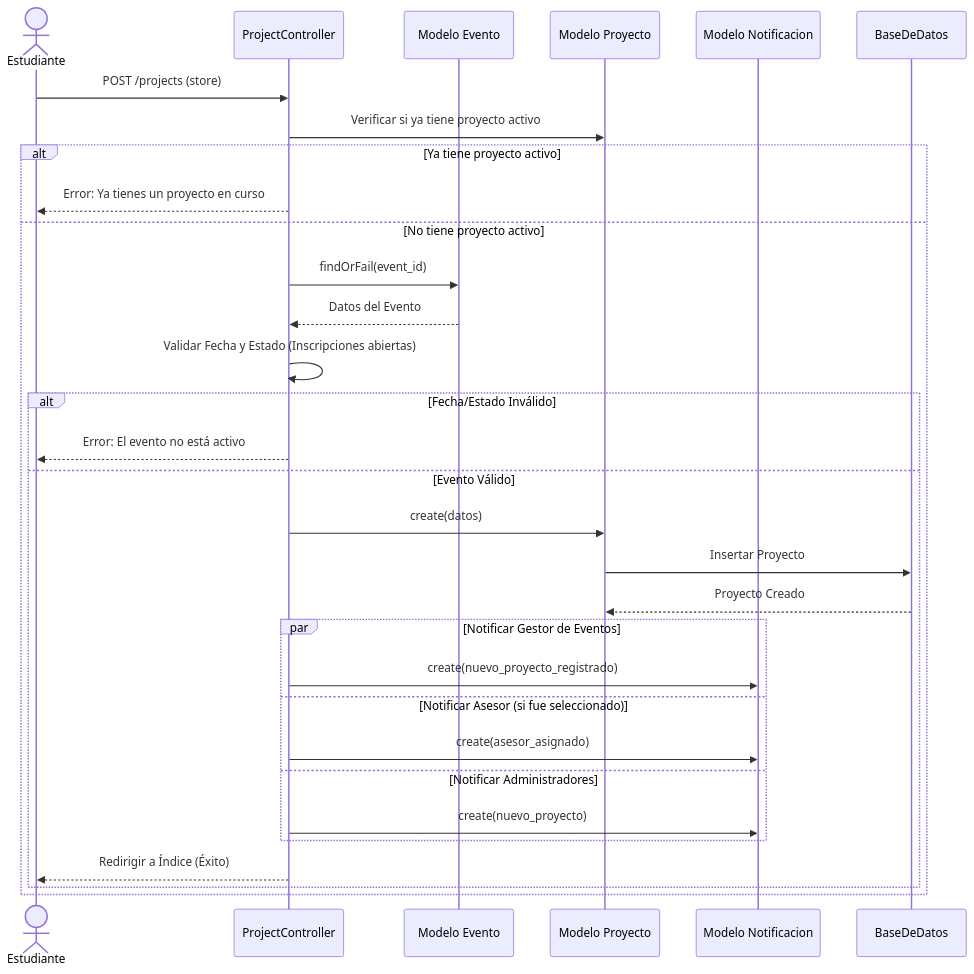
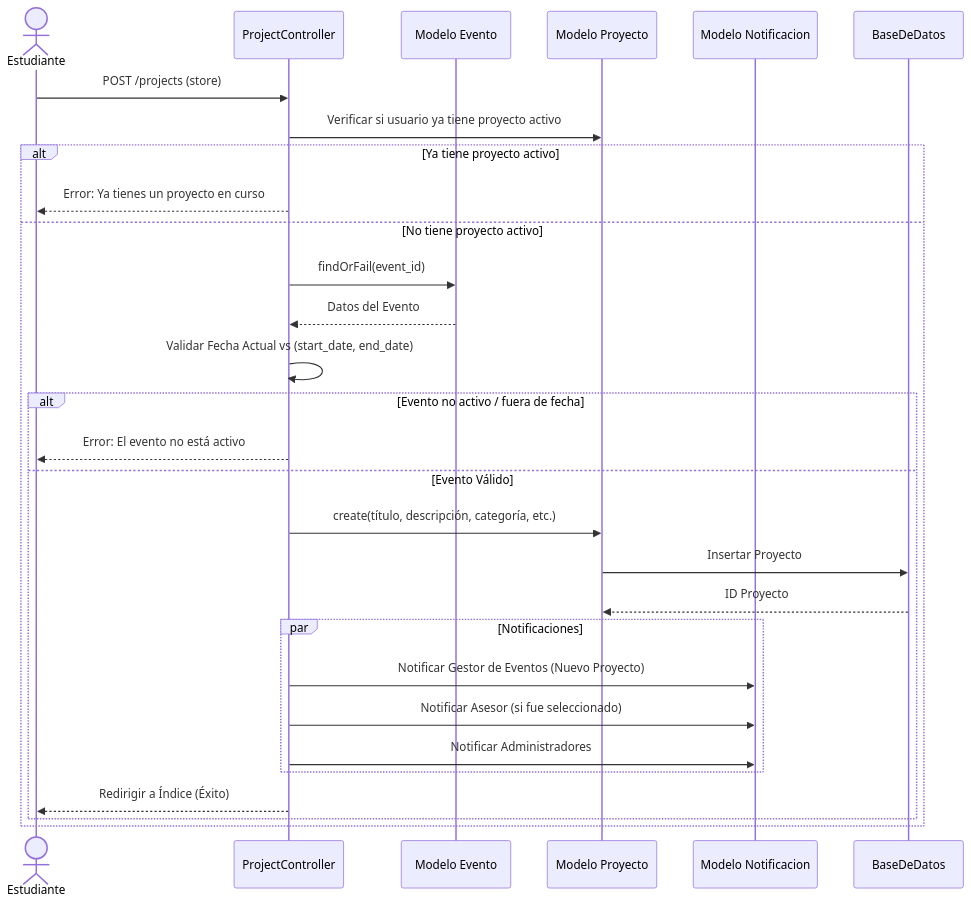
The first of 6 diagrams in README.md (HFernandoCR/WebAtoon), drawn with Mermaid before and after one commit. The commit also changed other lines of this file, not shown here.

````diff
--- a/README.md
+++ b/README.md
@@ -74,39 +74,37 @@
   ```mermaid
 sequenceDiagram
     actor Estudiante
     participant ProjectController
-    participant Modelo Evento
-    participant Modelo Proyecto
-    participant Modelo Notificacion
-    participant BaseDeDatos
+    participant Evento as Modelo Evento
+    participant Proyecto as Modelo Proyecto
+    participant Notificacion as Modelo Notificacion
+    participant BD as BaseDeDatos
 
     Estudiante->>ProjectController: POST /projects (store)
     
-    ProjectController->>Modelo Proyecto: Verificar si ya tiene proyecto activo
+    ProjectController->>Proyecto: Verificar si usuario ya tiene proyecto activo
     alt Ya tiene proyecto activo
         ProjectController-->>Estudiante: Error: Ya tienes un proyecto en curso
     else No tiene proyecto activo
-        ProjectController->>Modelo Evento: findOrFail(event_id)
-        Modelo Evento-->>ProjectController: Datos del Evento
+        ProjectController->>Evento: findOrFail(event_id)
+        Evento-->>ProjectController: Datos del Evento
         
-        ProjectController->>ProjectController: Validar Fecha y Estado (Inscripciones abiertas)
+        ProjectController->>ProjectController: Validar Fecha Actual vs (start_date, end_date)
         
-        alt Fecha/Estado Inválido
+        alt Evento no activo / fuera de fecha
             ProjectController-->>Estudiante: Error: El evento no está activo
         else Evento Válido
-            ProjectController->>Modelo Proyecto: create(datos)
-            Modelo Proyecto->>BaseDeDatos: Insertar Proyecto
-            BaseDeDatos-->>Modelo Proyecto: Proyecto Creado
+            ProjectController->>Proyecto: create(título, descripción, categoría, etc.)
+            Proyecto->>BD: Insertar Proyecto
+            BD-->>Proyecto: ID Proyecto
             
-            par Notificar Gestor de Eventos
-                ProjectController->>Modelo Notificacion: create(nuevo_proyecto_registrado)
-            and Notificar Asesor (si fue seleccionado)
-                ProjectController->>Modelo Notificacion: create(asesor_asignado)
-            and Notificar Administradores
-                ProjectController->>Modelo Notificacion: create(nuevo_proyecto)
+            par Notificaciones
+                ProjectController->>Notificacion: Notificar Gestor de Eventos (Nuevo Proyecto)
+                ProjectController->>Notificacion: Notificar Asesor (si fue seleccionado)
+                ProjectController->>Notificacion: Notificar Administradores
             end
             
             ProjectController-->>Estudiante: Redirigir a Índice (Éxito)
         end
     end
 ```
````
